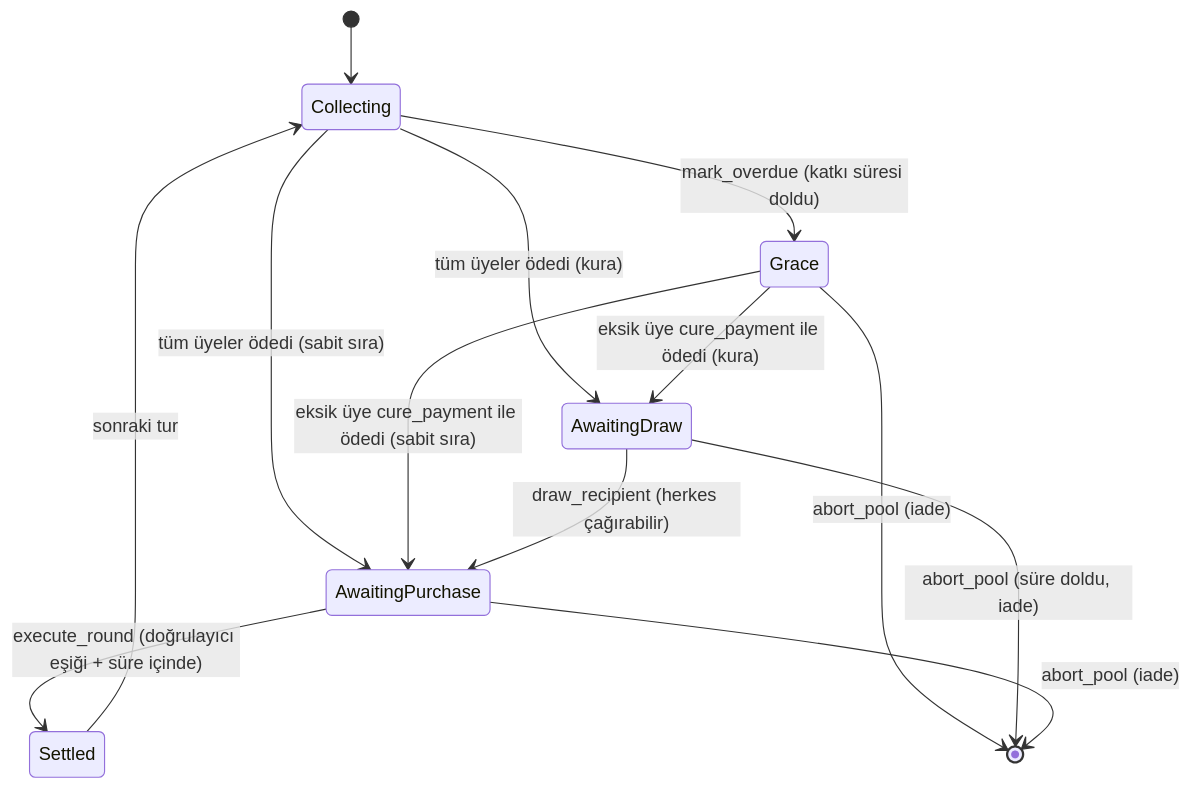
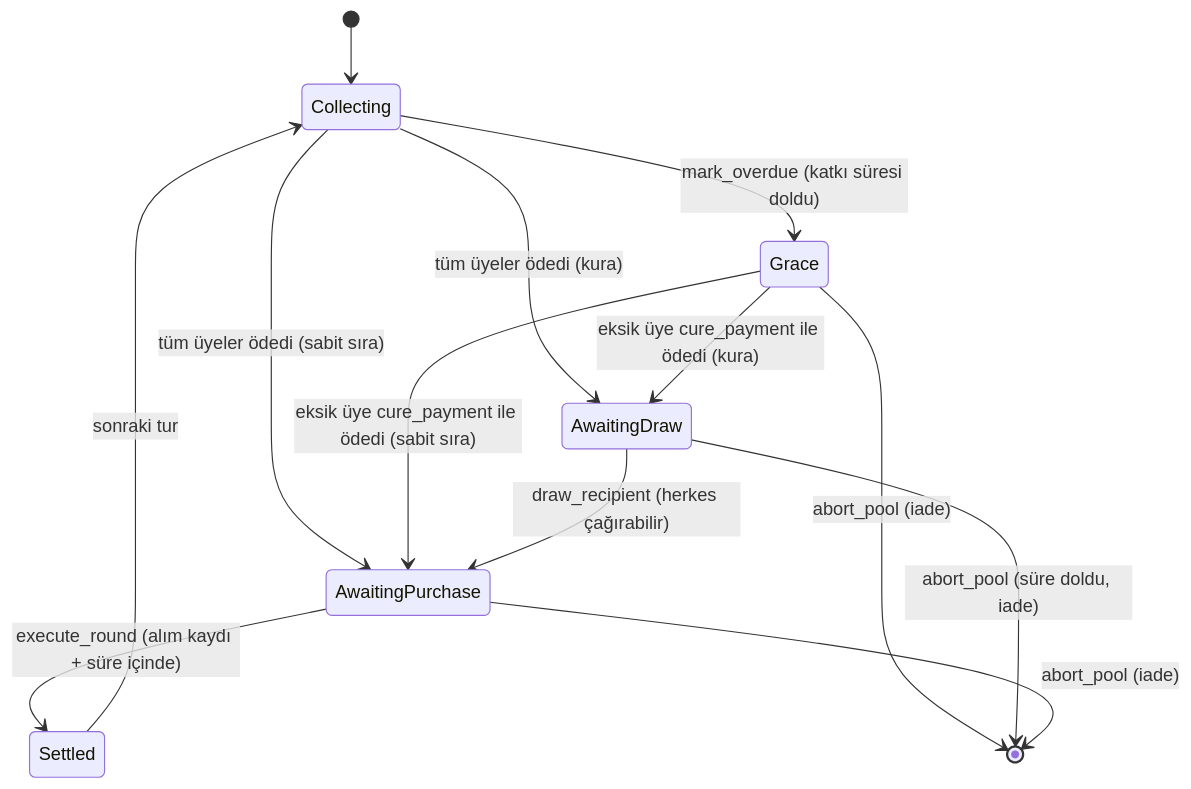
The third of 5 diagrams in docs/architecture/architecture.md (yusufarslan44/Stellerpool), drawn with Mermaid before and after one commit. The commit also changed other lines of this file and 56 other files, not shown here.

```diff
--- a/docs/architecture/architecture.md
+++ b/docs/architecture/architecture.md
@@ -62,15 +62,15 @@
 ~~~mermaid
 stateDiagram-v2
   [*] --> Collecting
   Collecting --> Grace: mark_overdue (katkı süresi doldu)
   Collecting --> AwaitingPurchase: tüm üyeler ödedi (sabit sıra)
   Collecting --> AwaitingDraw: tüm üyeler ödedi (kura)
   Grace --> AwaitingPurchase: eksik üye cure_payment ile ödedi (sabit sıra)
   Grace --> AwaitingDraw: eksik üye cure_payment ile ödedi (kura)
   AwaitingDraw --> AwaitingPurchase: draw_recipient (herkes çağırabilir)
-  AwaitingPurchase --> Settled: execute_round (doğrulayıcı eşiği + süre içinde)
+  AwaitingPurchase --> Settled: execute_round (alım kaydı + süre içinde)
   Settled --> Collecting: sonraki tur
   Grace --> [*]: abort_pool (iade)
   AwaitingDraw --> [*]: abort_pool (süre doldu, iade)
   AwaitingPurchase --> [*]: abort_pool (iade)
 ~~~
```
